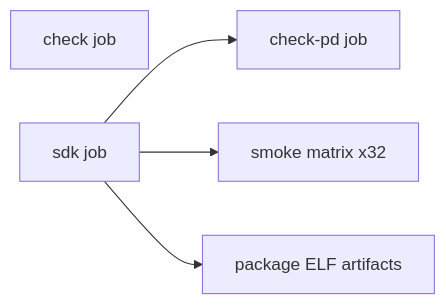
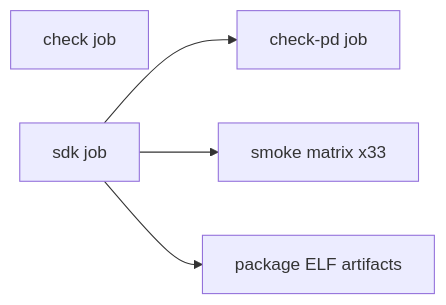
The diagram in docs/ci.md (julerex/lerux), drawn with Mermaid before and after one commit. The commit also changed other lines of this file and 26 other files, not shown here.

````diff
--- a/docs/ci.md
+++ b/docs/ci.md
@@ -13,11 +13,11 @@
 ```mermaid
 flowchart LR
   check[check job]
   sdk[sdk job]
   checkPd[check-pd job]
-  smoke[smoke matrix x32]
+  smoke[smoke matrix x33]
   package[package ELF artifacts]
   sdk --> checkPd
   sdk --> smoke
   sdk --> package
 ```
````
